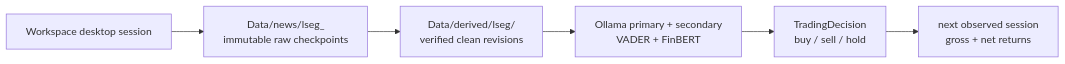
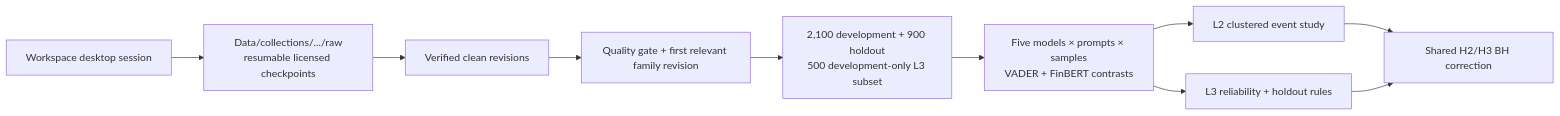
Before and after one commit to PeterLP123/Sentiment_Dissertation: the first of 2 diagrams in docs/architecture.md, drawn with Mermaid. The commit also changed other lines of this file and 4 other files, not shown here.

````diff
--- a/docs/architecture.md
+++ b/docs/architecture.md
@@ -5,8 +5,12 @@
 ```mermaid
 flowchart LR
-    W["Workspace desktop session"] --> R["Data/news/lseg_<id><br/>immutable raw checkpoints"]
-    R --> C["Data/derived/lseg/<id><br/>verified clean revisions"]
-    C --> O["Ollama primary + secondary<br/>VADER + FinBERT"]
-    O --> D["TradingDecision<br/>buy / sell / hold"]
-    D --> P["next observed session<br/>gross + net returns"]
+    W["Workspace desktop session"] --> R["Data/collections/.../raw<br/>resumable licensed checkpoints"]
+    R --> C["Verified clean revisions"]
+    C --> Q["Quality gate + first relevant family revision"]
+    Q --> F["2,100 development + 900 holdout<br/>500 development-only L3 subset"]
+    F --> S["Five models × prompts × samples<br/>VADER + FinBERT contrasts"]
+    S --> L2["L2 clustered event study"]
+    S --> L3["L3 reliability + holdout rules"]
+    L2 --> BH["Shared H2/H3 BH correction"]
+    L3 --> BH
 ```
````
